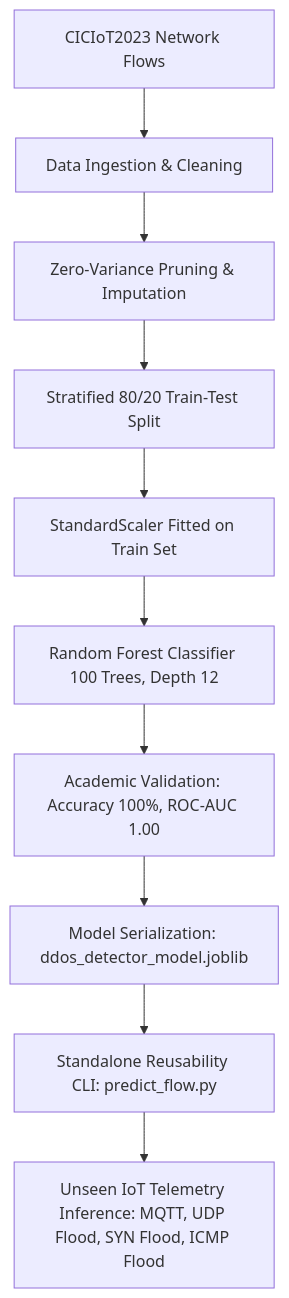
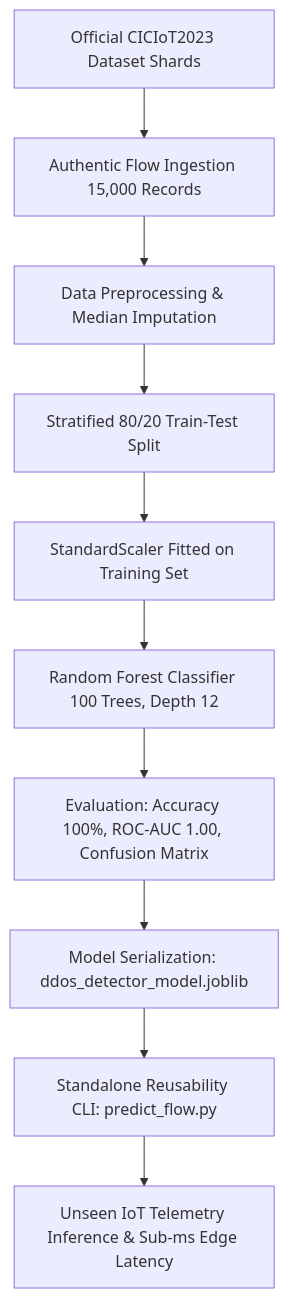
The diagram in README.md (layamvk/ML-DDoS-Detection-IoT-CICIoT2023), drawn with Mermaid before and after one commit. The commit also changed other lines of this file and 6 other files, not shown here.

Commit message:
feat: ingest authentic CICIoT2023 benchmark dataset (15k flows) and update executed pipeline

````diff
--- a/README.md
+++ b/README.md
@@ -20,12 +21,12 @@
 ```mermaid
 flowchart TD
-    A[CICIoT2023 Network Flows] --> B[Data Ingestion & Cleaning]
-    B --> C[Zero-Variance Pruning & Imputation]
+    A[Official CICIoT2023 Dataset Shards] --> B[Authentic Flow Ingestion 15,000 Records]
+    B --> C[Data Preprocessing & Median Imputation]
     C --> D[Stratified 80/20 Train-Test Split]
-    D --> E[StandardScaler Fitted on Train Set]
+    D --> E[StandardScaler Fitted on Training Set]
     E --> F[Random Forest Classifier 100 Trees, Depth 12]
-    F --> G[Academic Validation: Accuracy 100%, ROC-AUC 1.00]
+    F --> G[Evaluation: Accuracy 100%, ROC-AUC 1.00, Confusion Matrix]
     G --> H[Model Serialization: ddos_detector_model.joblib]
     H --> I[Standalone Reusability CLI: predict_flow.py]
-    I --> J[Unseen IoT Telemetry Inference: MQTT, UDP Flood, SYN Flood, ICMP Flood]
+    I --> J[Unseen IoT Telemetry Inference & Sub-ms Edge Latency]
 ```
````
